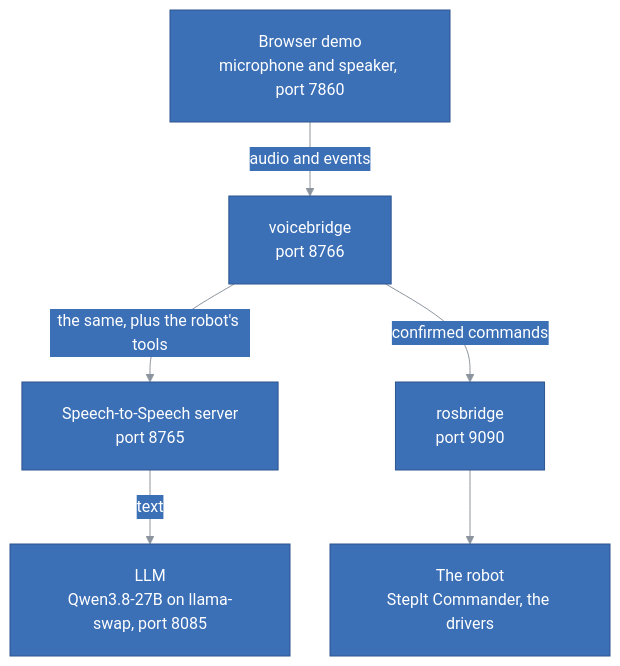
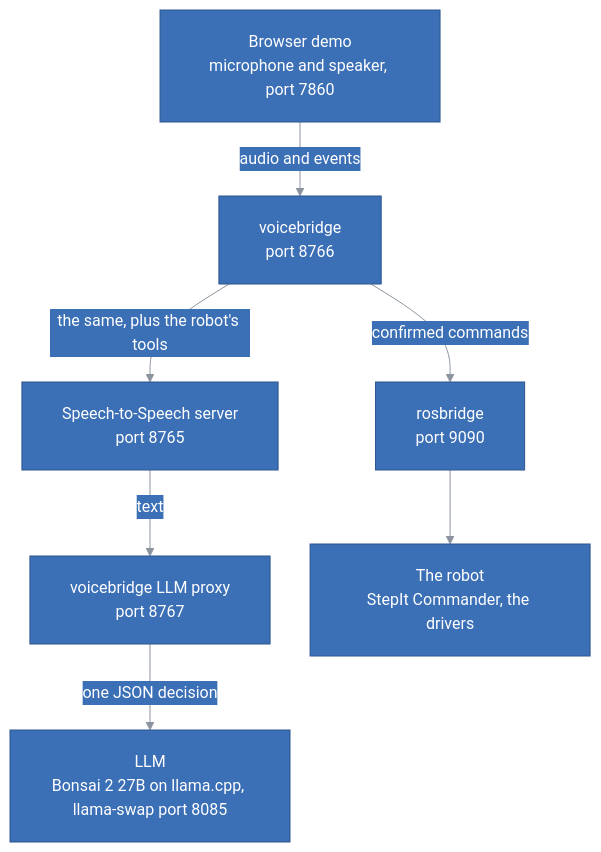
Before and after one commit to kineticsystem/stepit-speech: the diagram in README.md, drawn with Mermaid. The commit also changed other lines of this file and 20 other files, not shown here.

First line of the commit message:
Rename to StepIt Speech; say the bridge's sentences through an LLM proxy

````diff
--- a/README.md
+++ b/README.md
@@ -42,71 +45,73 @@
 ```mermaid
 ---
 config:
   theme: base
   themeCSS: ".edgeLabel p { padding: 4px 10px; }"
   flowchart:
     padding: 20
     nodeSpacing: 40
     rankSpacing: 50
   class:
     padding: 16
   sequence:
     boxMargin: 12
     boxTextMargin: 8
     noteMargin: 28
     messageMargin: 40
     actorMargin: 60
     labelBoxWidth: 56
     labelBoxHeight: 28
   themeVariables:
     primaryColor: "#3b6fb6"
     primaryTextColor: "#ffffff"
     primaryBorderColor: "#2c5590"
     lineColor: "#8b949e"
     textColor: "#4d86d6"
     actorBkg: "#3b6fb6"
     actorBorder: "#2c5590"
     actorTextColor: "#ffffff"
     actorLineColor: "#8b949e"
     signalColor: "#8b949e"
     signalTextColor: "#4d86d6"
     noteBkgColor: "#3b6fb6"
     noteTextColor: "#ffffff"
     noteBorderColor: "#2c5590"
     secondaryColor: "#3b6fb6"
     tertiaryColor: "#3b6fb6"
     clusterBkg: "transparent"
     clusterBorder: "#8b949e"
     titleColor: "#4d86d6"
     edgeLabelBackground: "#3b6fb6"
     classText: "#ffffff"
     labelBoxBkgColor: "#3b6fb6"
     labelBoxBorderColor: "#2c5590"
     labelTextColor: "#ffffff"
     loopTextColor: "#4d86d6"
     mainBkg: "#3b6fb6"
     nodeBorder: "#2c5590"
     nodeTextColor: "#ffffff"
     secondaryBorderColor: "#2c5590"
     secondaryTextColor: "#ffffff"
     tertiaryBorderColor: "#2c5590"
     tertiaryTextColor: "#ffffff"
     errorBkgColor: "#3b6fb6"
     errorTextColor: "#ffffff"
 ---
 flowchart TB
     Browser["Browser demo<br/>microphone and speaker, port 7860"]
     Bridge["voicebridge<br/>port 8766"]
     Speech["Speech-to-Speech server<br/>port 8765"]
-    LLM["LLM<br/>Qwen3.8-27B on llama-swap, port 8085"]
+    Proxy["voicebridge LLM proxy<br/>port 8767"]
+    LLM["LLM<br/>Bonsai 2 27B on llama.cpp, llama-swap port 8085"]
     Rosbridge["rosbridge<br/>port 9090"]
     Robot["The robot<br/>StepIt Commander, the drivers"]
 
     Browser -- "audio and events" --> Bridge
     Bridge -- "the same, plus the robot's tools" --> Speech
-    Speech -- "text" --> LLM
+    Speech -- "text" --> Proxy
+    Proxy -- "one JSON decision" --> LLM
     Bridge -- "confirmed commands" --> Rosbridge
     Rosbridge --> Robot
 
     classDef default fill:#3b6fb6,stroke:#2c5590,color:#ffffff
 ```
````
